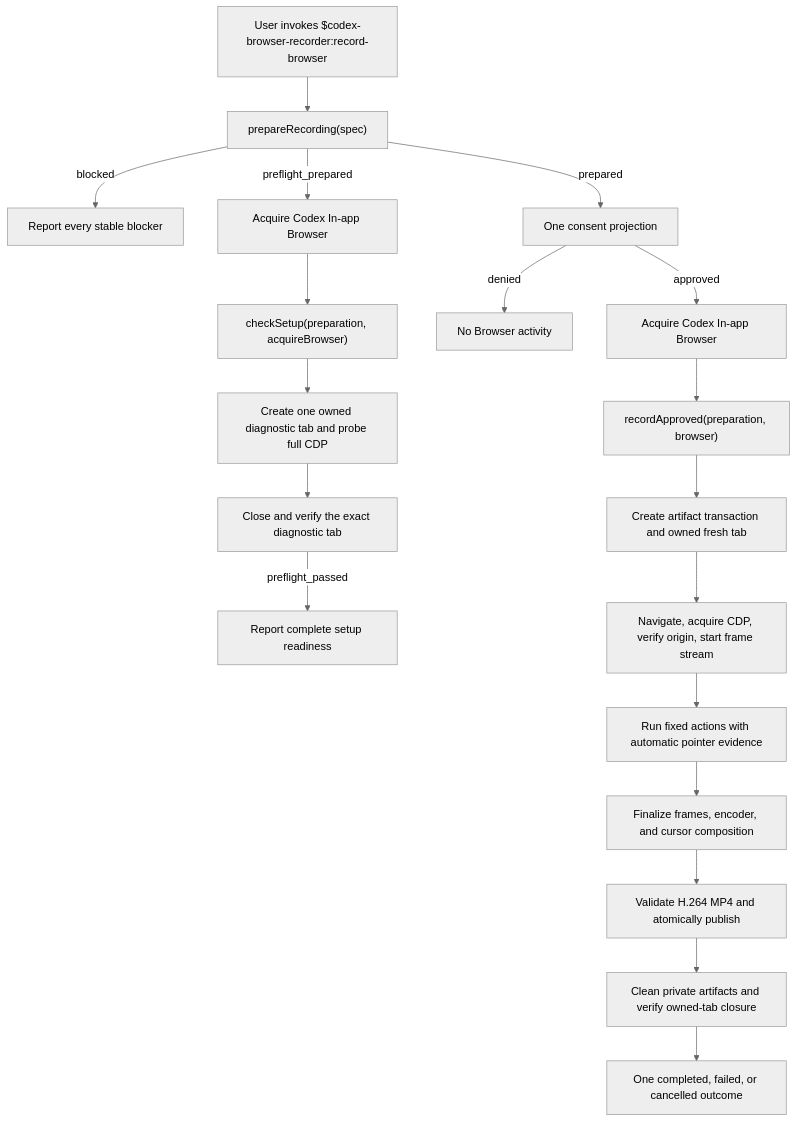
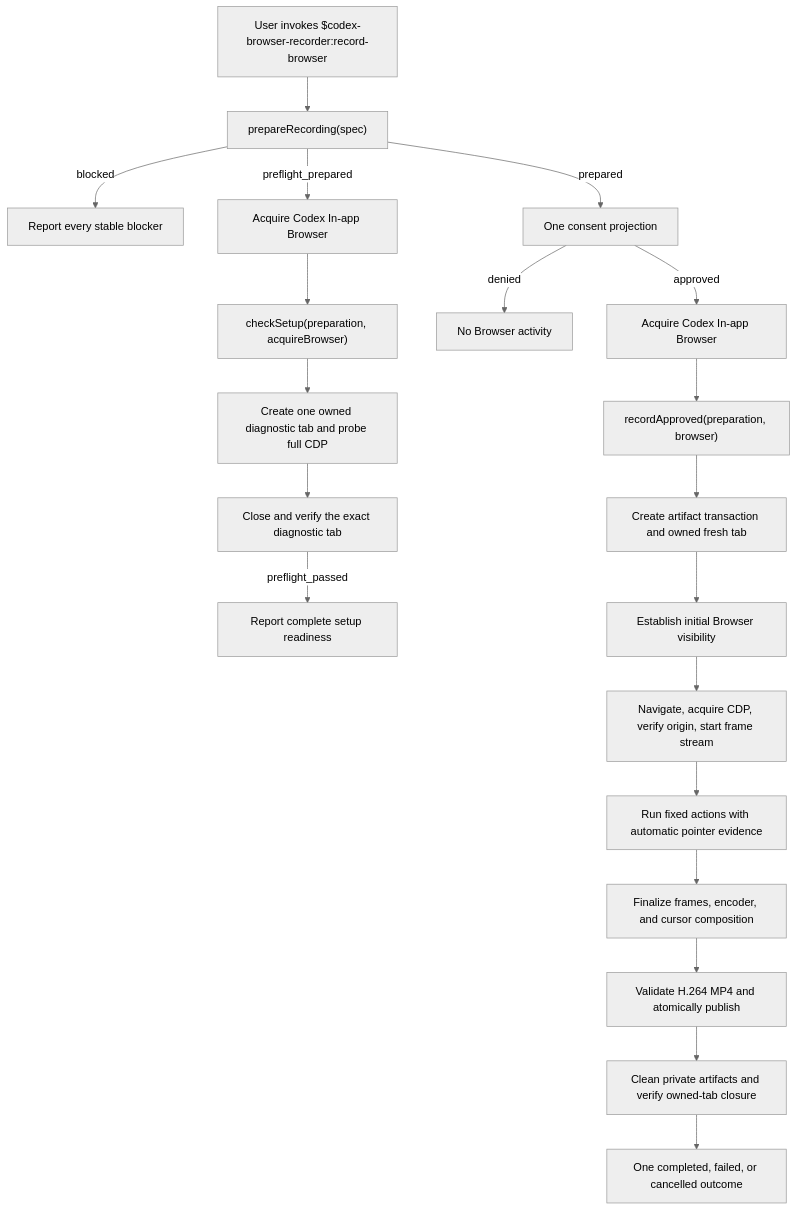
The diagram in docs/architecture.md (flsteven87/codex-browser-recorder), drawn with Mermaid (neutral theme) before and after one commit. The commit also changed other lines of this file and 9 other files, not shown here.

Commit message:
feat: preserve recording across Browser visibility changes (#49)

````diff
--- a/docs/architecture.md
+++ b/docs/architecture.md
@@ -9,21 +9,22 @@
 ```mermaid
 flowchart TD
   U["User invokes $codex-browser-recorder:record-browser"] --> P["prepareRecording(spec)"]
   P -->|"blocked"| F["Report every stable blocker"]
   P -->|"preflight_prepared"| Q["Acquire Codex In-app Browser"]
   Q --> D["checkSetup(preparation, acquireBrowser)"]
   D --> I["Create one owned diagnostic tab and probe full CDP"]
   I --> J["Close and verify the exact diagnostic tab"]
   J -->|"preflight_passed"| L["Report complete setup readiness"]
   P -->|"prepared"| C["One consent projection"]
   C -->|"denied"| N["No Browser activity"]
   C -->|"approved"| B["Acquire Codex In-app Browser"]
   B --> R["recordApproved(preparation, browser)"]
   R --> T["Create artifact transaction and owned fresh tab"]
-  T --> S["Navigate, acquire CDP, verify origin, start frame stream"]
+  T --> W["Establish initial Browser visibility"]
+  W --> S["Navigate, acquire CDP, verify origin, start frame stream"]
   S --> A["Run fixed actions with automatic pointer evidence"]
   A --> M["Finalize frames, encoder, and cursor composition"]
   M --> V["Validate H.264 MP4 and atomically publish"]
   V --> X["Clean private artifacts and verify owned-tab closure"]
   X --> O["One completed, failed, or cancelled outcome"]
 ```
````
